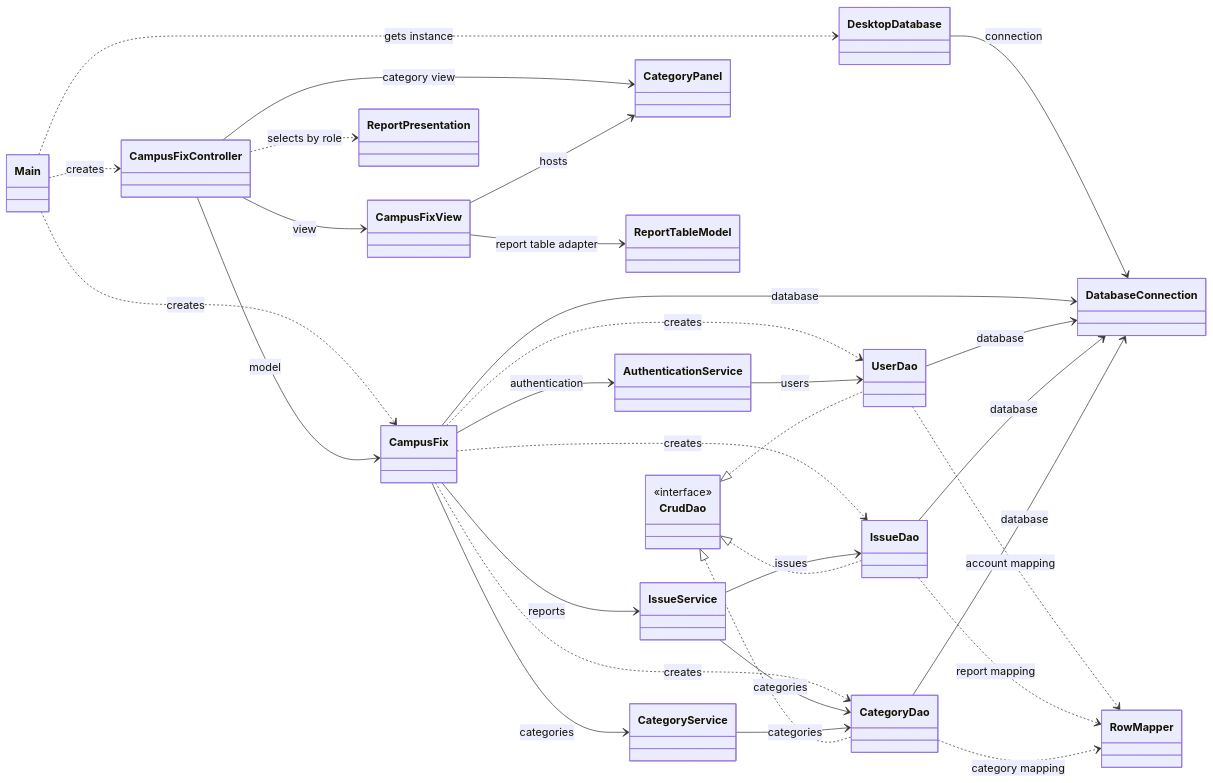
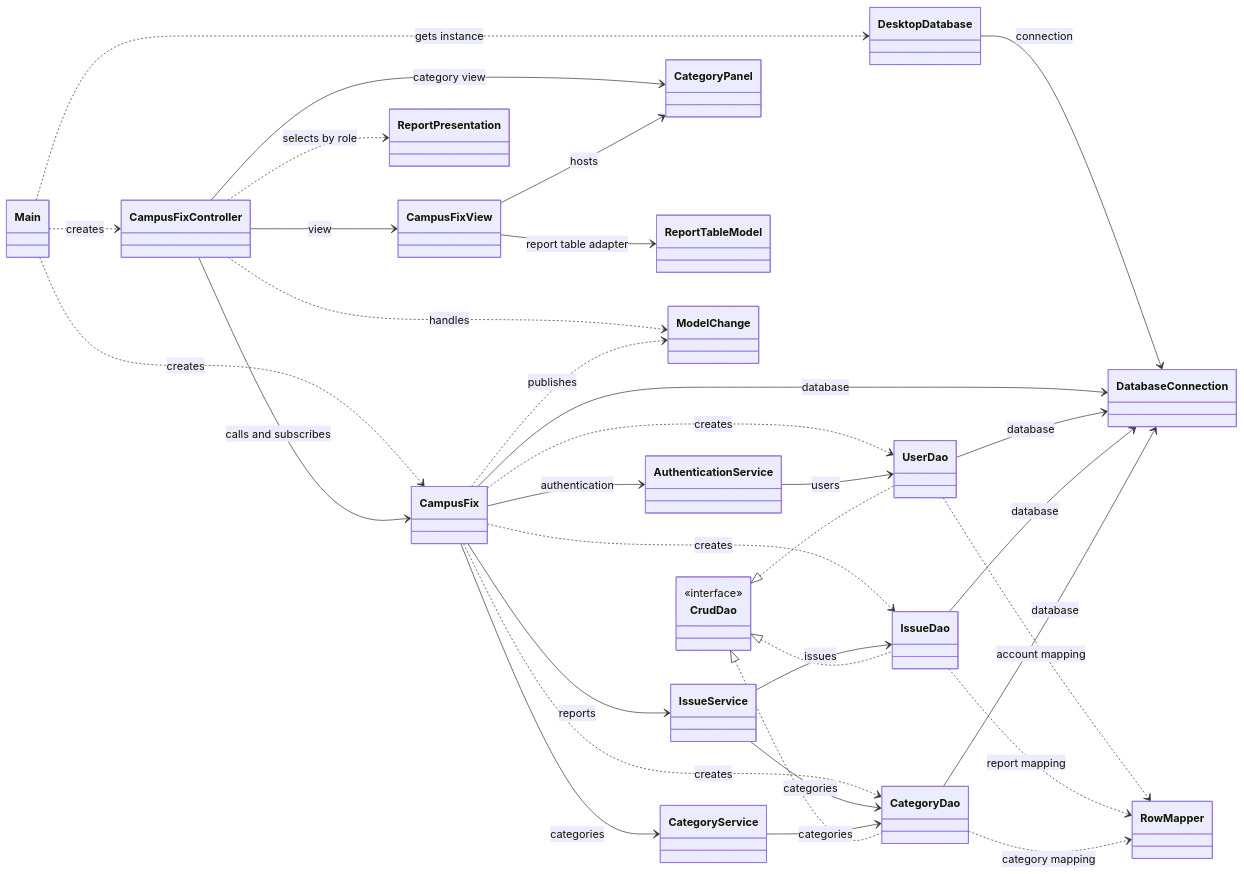
Before and after one commit to dfernq/inso-2026-2027-campus-fix: the diagram in docs/java-desktop.md, drawn with Mermaid. The commit also changed other lines of this file and 3 other files, not shown here.

````diff
--- a/docs/java-desktop.md
+++ b/docs/java-desktop.md
@@ -195,37 +208,39 @@
 ```mermaid
 classDiagram
     direction LR
     class CrudDao {
         <<interface>>
     }
     Main ..> CampusFixController : creates
     Main ..> DesktopDatabase : gets instance
     DesktopDatabase --> DatabaseConnection : connection
     Main ..> CampusFix : creates
     CampusFixController --> CampusFixView : view
     CampusFixController ..> ReportPresentation : selects by role
     CampusFixController --> CategoryPanel : category view
     CampusFixView --> CategoryPanel : hosts
     CampusFixView --> ReportTableModel : report table adapter
-    CampusFixController --> CampusFix : model
+    CampusFixController --> CampusFix : calls and subscribes
+    CampusFixController ..> ModelChange : handles
+    CampusFix ..> ModelChange : publishes
     CampusFix --> DatabaseConnection : database
     CampusFix --> AuthenticationService : authentication
     CampusFix --> IssueService : reports
     CampusFix --> CategoryService : categories
     CampusFix ..> UserDao : creates
     CampusFix ..> IssueDao : creates
     CampusFix ..> CategoryDao : creates
     AuthenticationService --> UserDao : users
     IssueService --> IssueDao : issues
     IssueService --> CategoryDao : categories
     CategoryService --> CategoryDao : categories
     UserDao --> DatabaseConnection : database
     IssueDao --> DatabaseConnection : database
     CategoryDao --> DatabaseConnection : database
     UserDao ..> RowMapper : account mapping
     IssueDao ..> RowMapper : report mapping
     CategoryDao ..> RowMapper : category mapping
     CrudDao <|.. UserDao
     CrudDao <|.. IssueDao
     CrudDao <|.. CategoryDao
 ```
````
